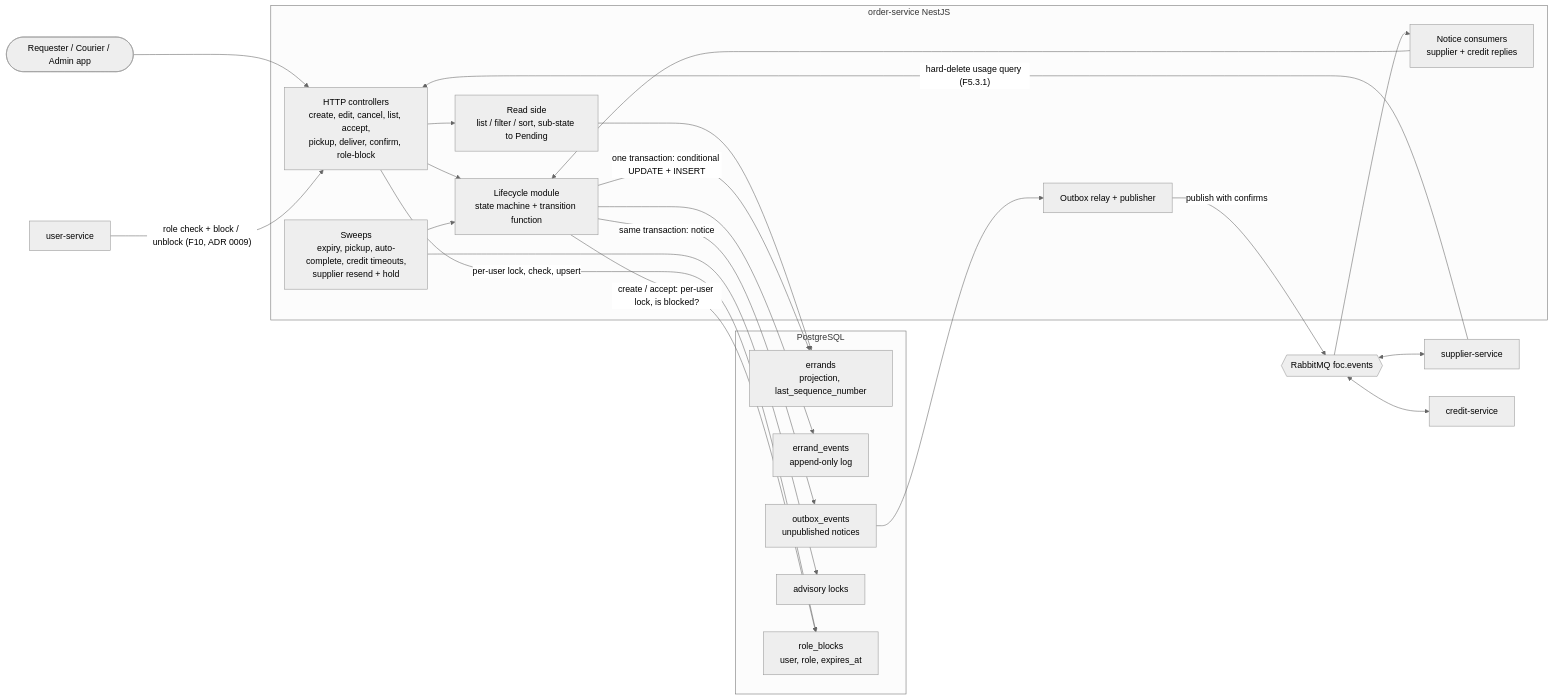
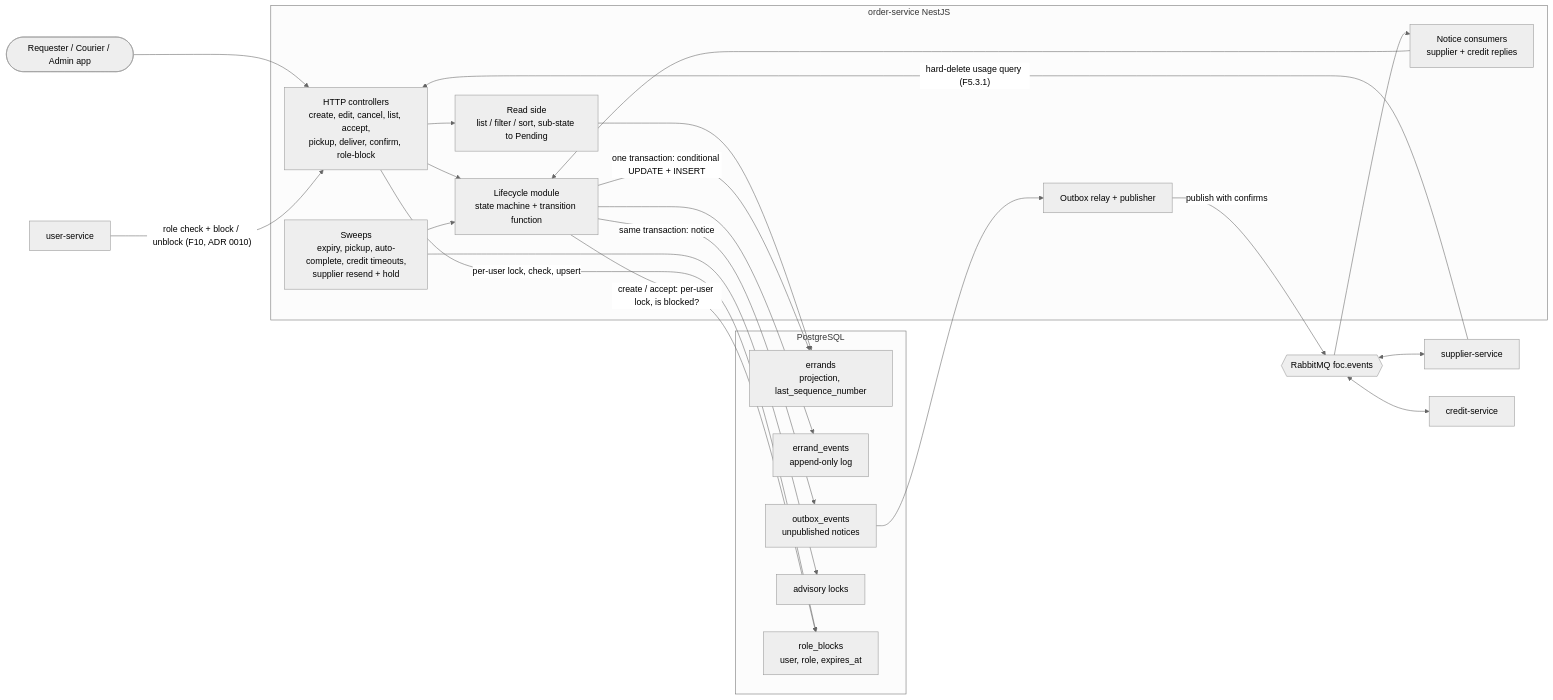
One commit to AY2627S1-CS3219-P27/FoC changed the first of 4 diagrams in order-service/ARCHITECTURE.md. Above: the diagram before and after it, drawn with Mermaid (neutral theme). The commit also changed other lines of this file and 1 other file, not shown here.

````diff
--- a/order-service/ARCHITECTURE.md
+++ b/order-service/ARCHITECTURE.md
@@ -8,46 +7,46 @@
 ```mermaid
 flowchart LR
   Client([Requester / Courier / Admin app])
   User[user-service]
   Supplier[supplier-service]
   Credit[credit-service]
 
   subgraph OS[order-service NestJS]
     API[HTTP controllers<br/>create, edit, cancel, list, accept,<br/>pickup, deliver, confirm, role-block]
     Life[Lifecycle module<br/>state machine + transition function]
     Read[Read side<br/>list / filter / sort, sub-state to Pending]
     Consumers[Notice consumers<br/>supplier + credit replies]
     Outbox[Outbox relay + publisher]
     Sweeps[Sweeps<br/>expiry, pickup, auto-complete, credit timeouts,<br/>supplier resend + hold]
   end
 
   subgraph PG[PostgreSQL]
     Errands[errands<br/>projection, last_sequence_number]
     Events[errand_events<br/>append-only log]
     OutboxT[outbox_events<br/>unpublished notices]
     Locks[advisory locks]
     Blocks[role_blocks<br/>user, role, expires_at]
   end
 
   MQ{{RabbitMQ foc.events}}
 
   Client --> API
-  User -- "role check + block / unblock (F10, ADR 0009)" --> API
+  User -- "role check + block / unblock (F10, ADR 0010)" --> API
   Supplier -- "hard-delete usage query (F5.3.1)" --> API
   API --> Life
   API --> Read
   Read --> Errands
   API -->|"per-user lock, check, upsert"| Blocks
   Life -->|"create / accept: per-user lock, is blocked?"| Blocks
   Life -->|"one transaction: conditional UPDATE + INSERT"| Errands
   Life --> Events
   Sweeps --> Locks
   Sweeps --> Life
   Life -->|"same transaction: notice"| OutboxT
   OutboxT --> Outbox
   Outbox -->|"publish with confirms"| MQ
   MQ --> Consumers
   Consumers --> Life
   MQ <--> Supplier
   MQ <--> Credit
 ```
````
